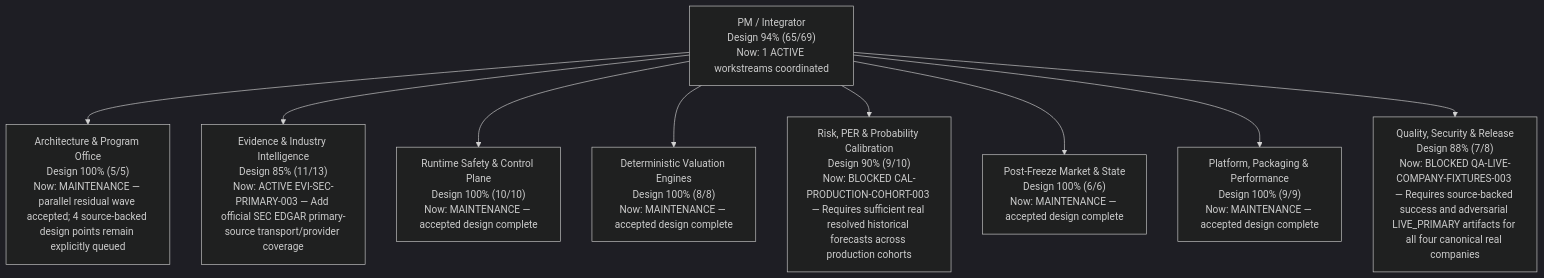
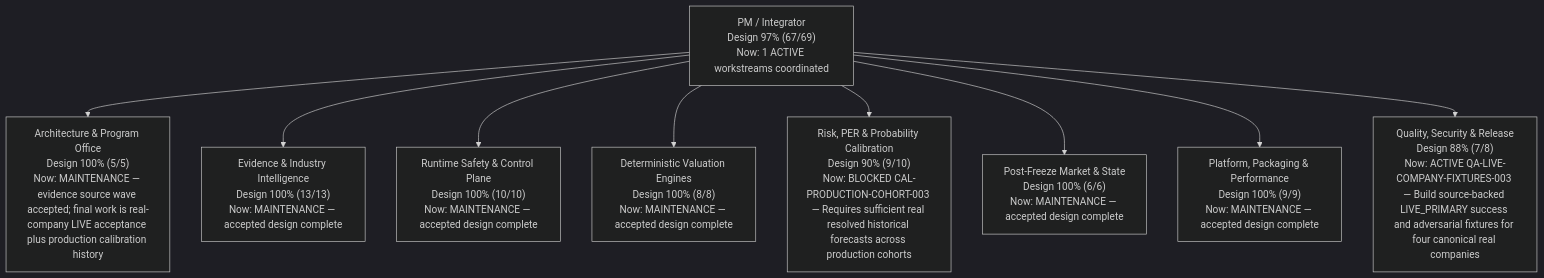
The diagram in PROJECT_STATUS.md (newwonwoo/valuation), drawn with Mermaid (dark theme) before and after one commit. The commit also changed other lines of this file, not shown here.

Commit message:
Regenerate PM status after evidence acceptance

````diff
--- a/PROJECT_STATUS.md
+++ b/PROJECT_STATUS.md
@@ -24,12 +24,12 @@
 ```mermaid
 flowchart TB
-  PM["PM / Integrator<br/>Design 94% (65/69)<br/>Now: 1 ACTIVE workstreams coordinated"]
-  PM --> PMO["Architecture & Program Office<br/>Design 100% (5/5)<br/>Now: MAINTENANCE — parallel residual wave accepted; 4 source-backed design points remain explicitly queued"]
-  PM --> EVIDENCE["Evidence & Industry Intelligence<br/>Design 85% (11/13)<br/>Now: ACTIVE EVI-SEC-PRIMARY-003 — Add official SEC EDGAR primary-source transport/provider coverage"]
+  PM["PM / Integrator<br/>Design 97% (67/69)<br/>Now: 1 ACTIVE workstreams coordinated"]
+  PM --> PMO["Architecture & Program Office<br/>Design 100% (5/5)<br/>Now: MAINTENANCE — evidence source wave accepted; final work is real-company LIVE acceptance plus production calibration history"]
+  PM --> EVIDENCE["Evidence & Industry Intelligence<br/>Design 100% (13/13)<br/>Now: MAINTENANCE — accepted design complete"]
   PM --> RUNTIME["Runtime Safety & Control Plane<br/>Design 100% (10/10)<br/>Now: MAINTENANCE — accepted design complete"]
   PM --> VALUATION["Deterministic Valuation Engines<br/>Design 100% (8/8)<br/>Now: MAINTENANCE — accepted design complete"]
   PM --> CALIBRATION["Risk, PER & Probability Calibration<br/>Design 90% (9/10)<br/>Now: BLOCKED CAL-PRODUCTION-COHORT-003 — Requires sufficient real resolved historical forecasts across production cohorts"]
   PM --> POST_FREEZE["Post-Freeze Market & State<br/>Design 100% (6/6)<br/>Now: MAINTENANCE — accepted design complete"]
   PM --> PLATFORM["Platform, Packaging & Performance<br/>Design 100% (9/9)<br/>Now: MAINTENANCE — accepted design complete"]
-  PM --> QA_RELEASE["Quality, Security & Release<br/>Design 88% (7/8)<br/>Now: BLOCKED QA-LIVE-COMPANY-FIXTURES-003 — Requires source-backed success and adversarial LIVE_PRIMARY artifacts for all four canonical real companies"]
+  PM --> QA_RELEASE["Quality, Security & Release<br/>Design 88% (7/8)<br/>Now: ACTIVE QA-LIVE-COMPANY-FIXTURES-003 — Build source-backed LIVE_PRIMARY success and adversarial fixtures for four canonical real companies"]
 ```
````
